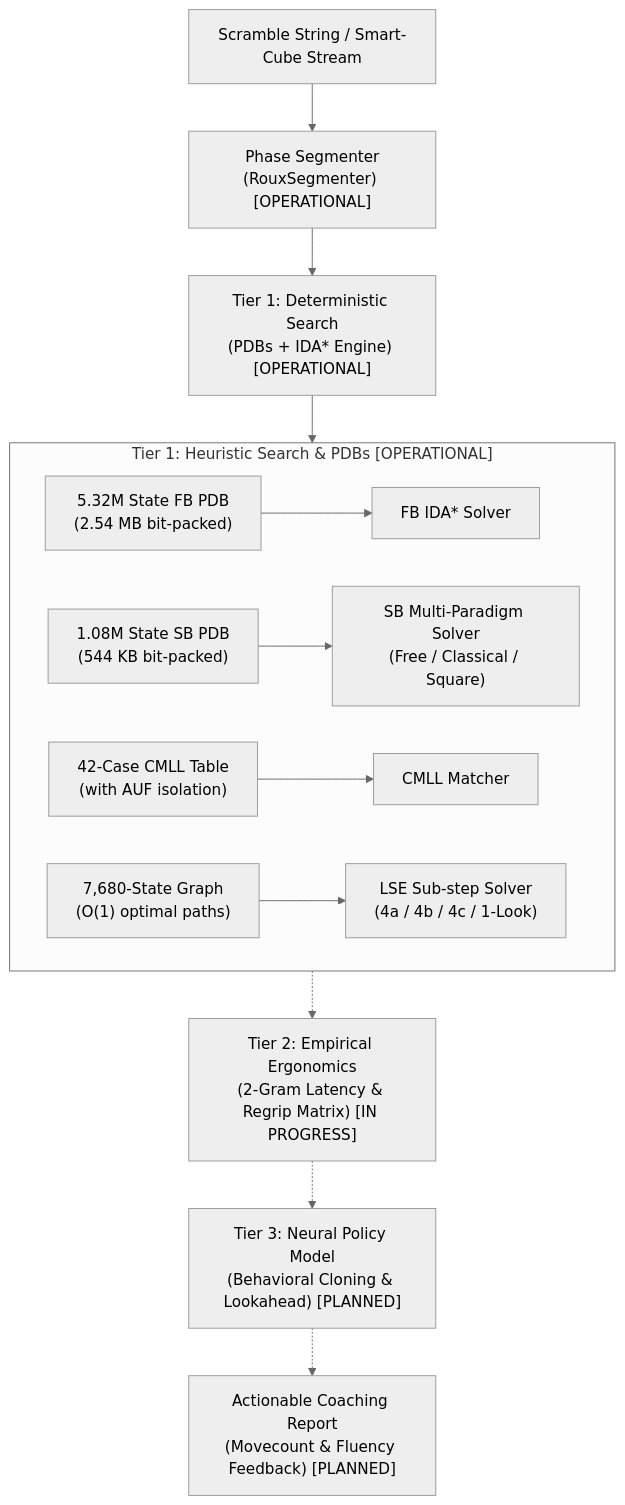
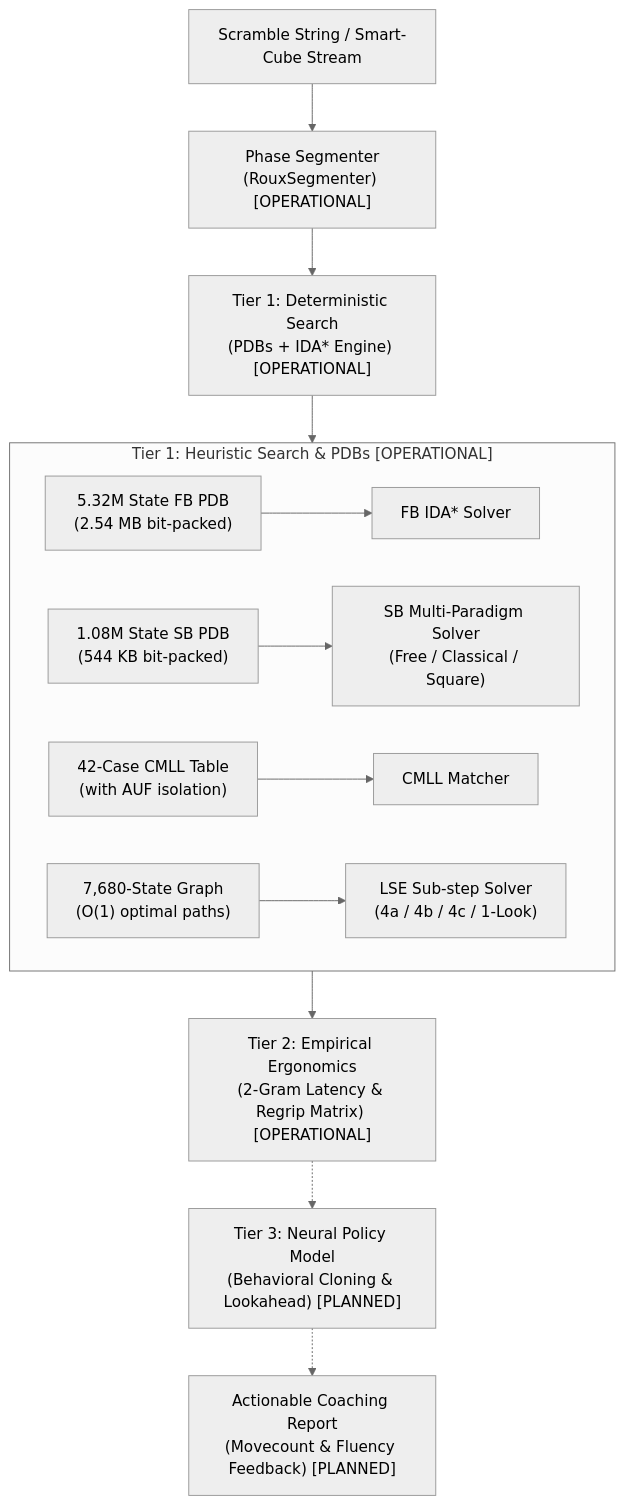
Before and after one commit to 17marche/roux-solve-analyzer: the diagram in README.md, drawn with Mermaid (neutral theme). The commit also changed other lines of this file, not shown here.

Commit message:
docs: synchronize test counts and diagram status

````diff
--- a/README.md
+++ b/README.md
@@ -59,17 +59,17 @@
 ```mermaid
 flowchart TD
     Scramble["Scramble String / Smart-Cube Stream"] --> Segmenter["Phase Segmenter\n(RouxSegmenter) [OPERATIONAL]"]
     Segmenter --> T1["Tier 1: Deterministic Search\n(PDBs + IDA* Engine) [OPERATIONAL]"]
     
     subgraph S_T1 ["Tier 1: Heuristic Search & PDBs [OPERATIONAL]"]
         FB_PDB["5.32M State FB PDB\n(2.54 MB bit-packed)"] --> FB_Search["FB IDA* Solver"]
         SB_PDB["1.08M State SB PDB\n(544 KB bit-packed)"] --> SB_Search["SB Multi-Paradigm Solver\n(Free / Classical / Square)"]
         CMLL_T["42-Case CMLL Table\n(with AUF isolation)"] --> CMLL_Solve["CMLL Matcher"]
         LSE_G["7,680-State Graph\n(O(1) optimal paths)"] --> LSE_Search["LSE Sub-step Solver\n(4a / 4b / 4c / 1-Look)"]
     end
     
     T1 --> S_T1
-    S_T1 -.-> T2["Tier 2: Empirical Ergonomics\n(2-Gram Latency & Regrip Matrix) [IN PROGRESS]"]
+    S_T1 --> T2["Tier 2: Empirical Ergonomics\n(2-Gram Latency & Regrip Matrix) [OPERATIONAL]"]
     T2 -.-> T3["Tier 3: Neural Policy Model\n(Behavioral Cloning & Lookahead) [PLANNED]"]
     T3 -.-> Report["Actionable Coaching Report\n(Movecount & Fluency Feedback) [PLANNED]"]
 ```
````
